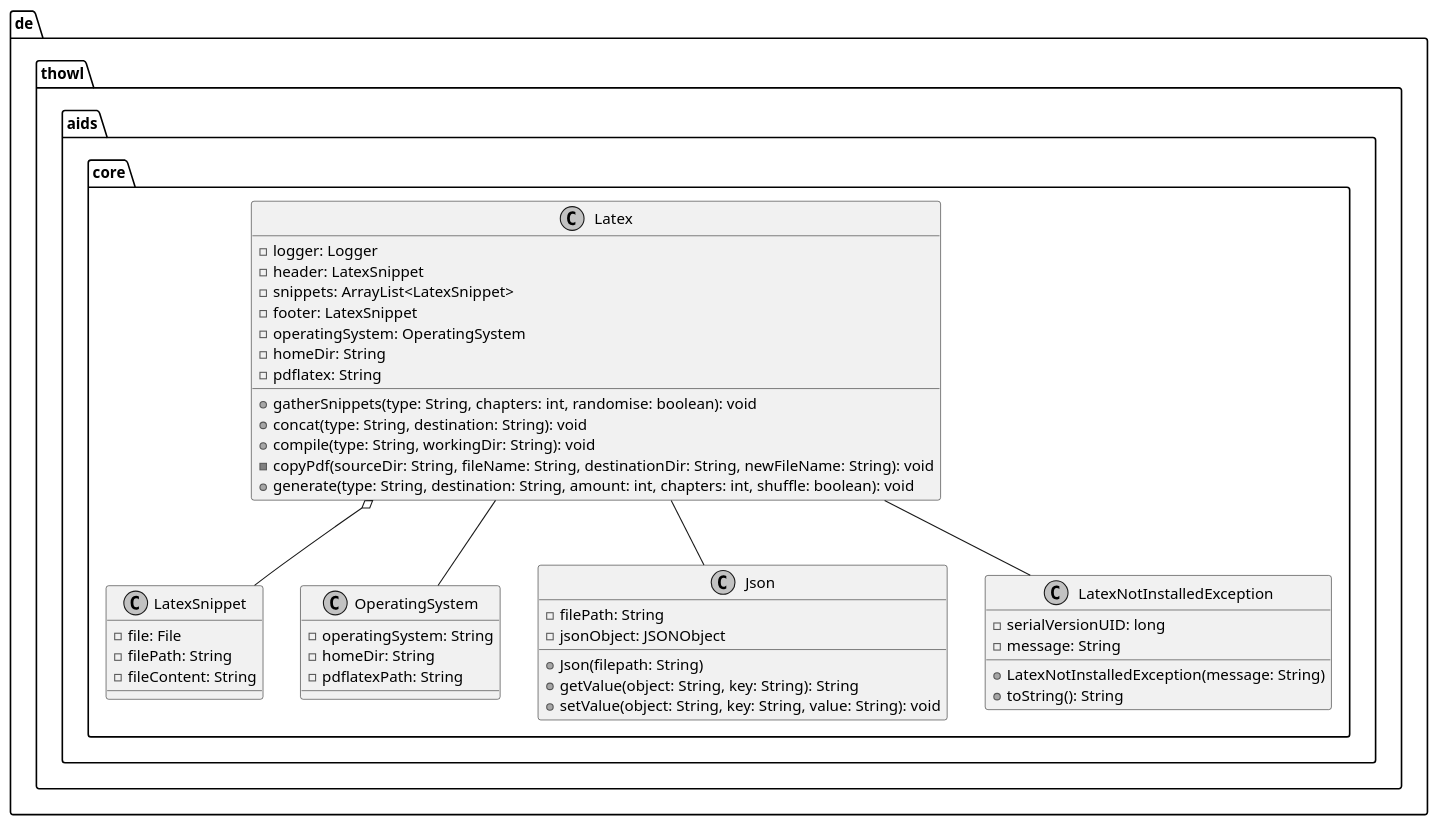
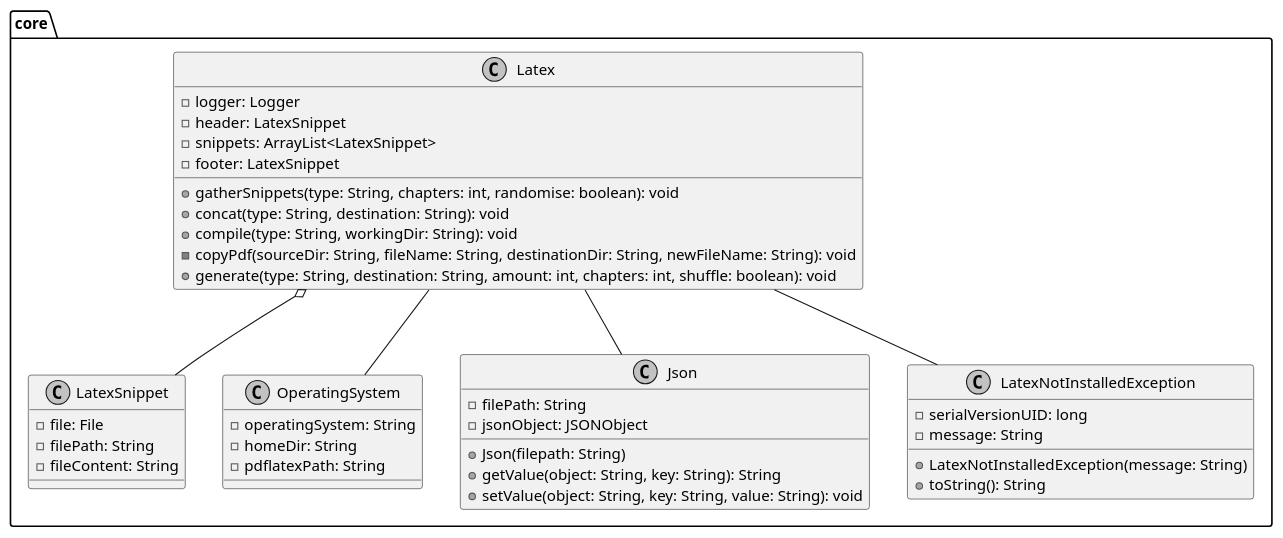
The diagram in docs/dev/technical_documentation/diagramm/uml/flowcharts/core/core.puml (j0giwa/autonomous-instant-documents), drawn with PlantUML before and after one commit. The commit also changed 15 other files, not shown here.

```diff
--- a/docs/dev/technical_documentation/diagramm/uml/flowcharts/core/core.puml
+++ b/docs/dev/technical_documentation/diagramm/uml/flowcharts/core/core.puml
@@ -1,54 +1,51 @@
-@startuml de.thowl.aids.core
+@startuml core
 
 skinparam monochrome true
 
-package de.thowl.aids.core {
+package core {
 	class Latex {
 		- logger: Logger
 		- header: LatexSnippet
 		- snippets: ArrayList<LatexSnippet>
 		- footer: LatexSnippet
-		- operatingSystem: OperatingSystem
-		- homeDir: String
-		- pdflatex: String
 		+ gatherSnippets(type: String, chapters: int, randomise: boolean): void
 		+ concat(type: String, destination: String): void
 		+ compile(type: String, workingDir: String): void
 		- copyPdf(sourceDir: String, fileName: String, destinationDir: String, newFileName: String): void
 		+ generate(type: String, destination: String, amount: int, chapters: int, shuffle: boolean): void
 	}
 
 	Latex o-- LatexSnippet
 	Latex -- OperatingSystem
 	Latex -- Json
 	Latex -- LatexNotInstalledException
 
 	class OperatingSystem {
 		- operatingSystem: String
 		- homeDir: String
 		- pdflatexPath: String
 	}
 
 	class Json {
 		- filePath: String
 		- jsonObject: JSONObject
 		+ Json(filepath: String)
 		+ getValue(object: String, key: String): String
 		+ setValue(object: String, key: String, value: String): void
 	}
 
 	class LatexNotInstalledException {
 		- serialVersionUID: long
 		- message: String
 		+ LatexNotInstalledException(message: String)
 		+ toString(): String
 	}
 
 	class LatexSnippet {
 		- file: File
 		- filePath: String
 		- fileContent: String
 	}
 }
 
 @enduml
```
